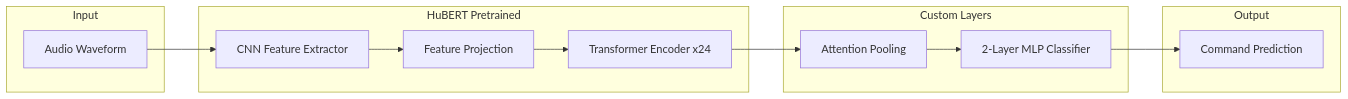
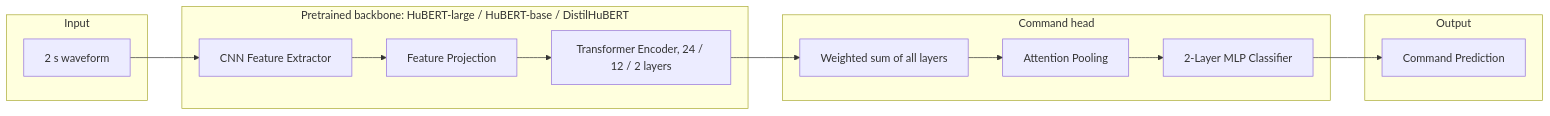
Before and after one commit to FYC23/dysarthric-voice-command-classifier: the diagram in README.md, drawn with Mermaid. The commit also changed other lines of this file and 8 other files, not shown here.

````diff
--- a/README.md
+++ b/README.md
@@ -17,19 +17,20 @@
 ```mermaid
 flowchart LR
     subgraph input [Input]
-        Audio[Audio Waveform]
+        Audio[2 s waveform]
     end
-    subgraph hubert [HuBERT Pretrained]
+    subgraph backbone [Pretrained backbone: HuBERT-large / HuBERT-base / DistilHuBERT]
         FE[CNN Feature Extractor]
         FP[Feature Projection]
-        Enc[Transformer Encoder x24]
+        Enc[Transformer Encoder, 24 / 12 / 2 layers]
     end
-    subgraph custom [Custom Layers]
+    subgraph head [Command head]
+        WS[Weighted sum of all layers]
         AP[Attention Pooling]
         MLP[2-Layer MLP Classifier]
     end
     subgraph output [Output]
         Pred[Command Prediction]
     end
-    Audio --> FE --> FP --> Enc --> AP --> MLP --> Pred
+    Audio --> FE --> FP --> Enc --> WS --> AP --> MLP --> Pred
 ```
````
